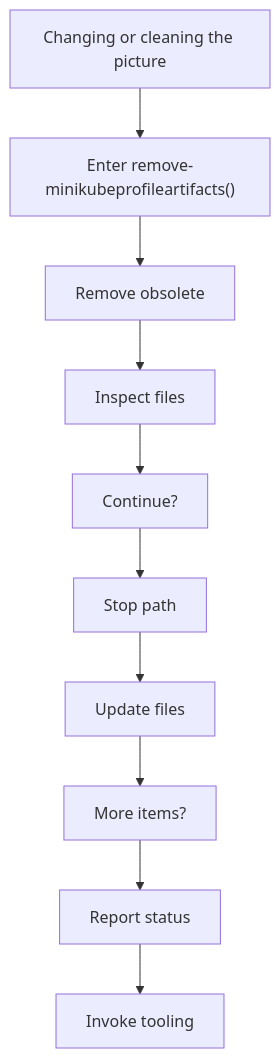
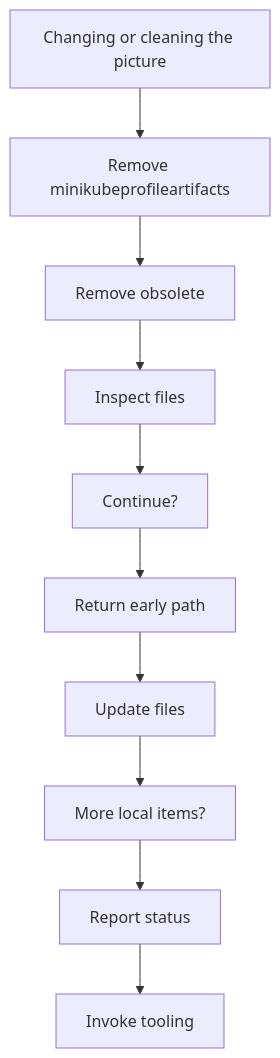
One commit to JohnAndrewBalbarosa/NeoTerritory changed the second of 6 diagrams in docs/Codebase/Infrastructure/session-orchestration/bootstrap_and_deploy/bootstrap_and_deploy_program_flow_02.ps1.md. Above: the diagram before and after it, drawn with Mermaid. The commit also changed other lines of this file and 915 other files, not shown here.

````diff
--- a/docs/Codebase/Infrastructure/session-orchestration/bootstrap_and_deploy/bootstrap_and_deploy_program_flow_02.ps1.md
+++ b/docs/Codebase/Infrastructure/session-orchestration/bootstrap_and_deploy/bootstrap_and_deploy_program_flow_02.ps1.md
@@ -31,22 +31,22 @@
 ```mermaid
 flowchart TD
     N0["Changing or cleaning the picture"]
-    N1["Enter remove-minikubeprofileartifacts()"]
+    N1["Remove minikubeprofileartifacts"]
     N2["Remove obsolete"]
     N3["Inspect files"]
     N4["Continue?"]
-    N5["Stop path"]
+    N5["Return early path"]
     N6["Update files"]
-    N7["More items?"]
+    N7["More local items?"]
     N8["Report status"]
     N9["Invoke tooling"]
     N0 --> N1
     N1 --> N2
     N2 --> N3
     N3 --> N4
     N4 --> N5
     N5 --> N6
     N6 --> N7
     N7 --> N8
     N8 --> N9
 ```
````
